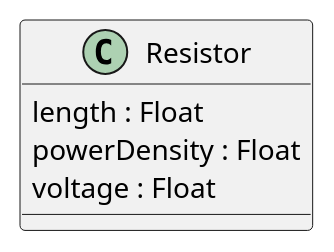
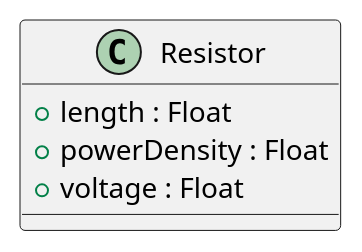
One commit to beerfactory/brewbox-uml changed the diagram in src/class/include/resistor.iuml. Above: the diagram before and after it, drawn with PlantUML. The commit also changed other lines of this file and 133 other files, not shown here.

```diff
--- a/src/class/include/resistor.iuml
+++ b/src/class/include/resistor.iuml
@@ -1,5 +1,5 @@
 class Resistor {
-    length : Float
-    powerDensity : Float
-    voltage : Float
+    + length : Float
+    + powerDensity : Float
+    + voltage : Float
 }
```
